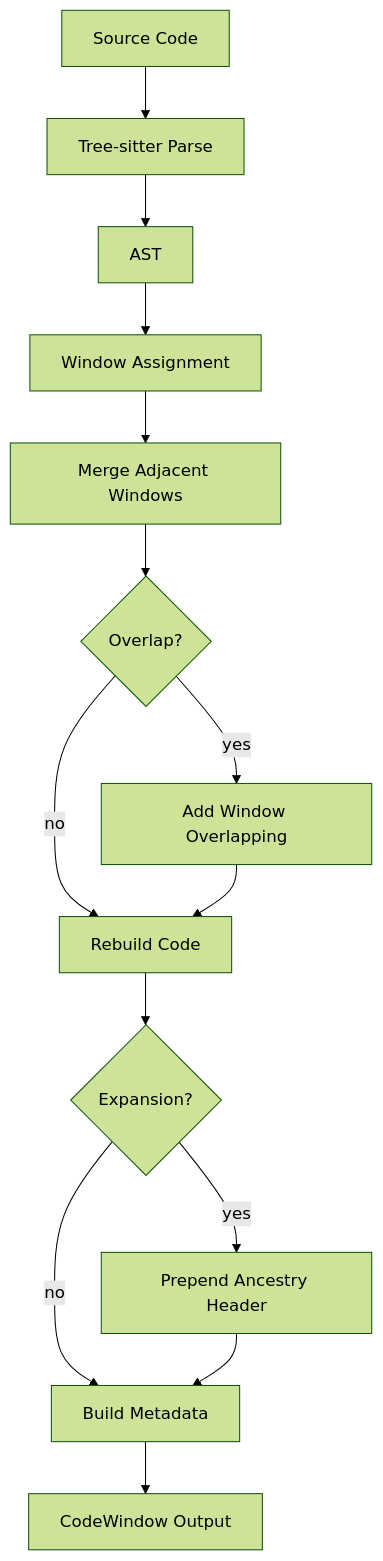
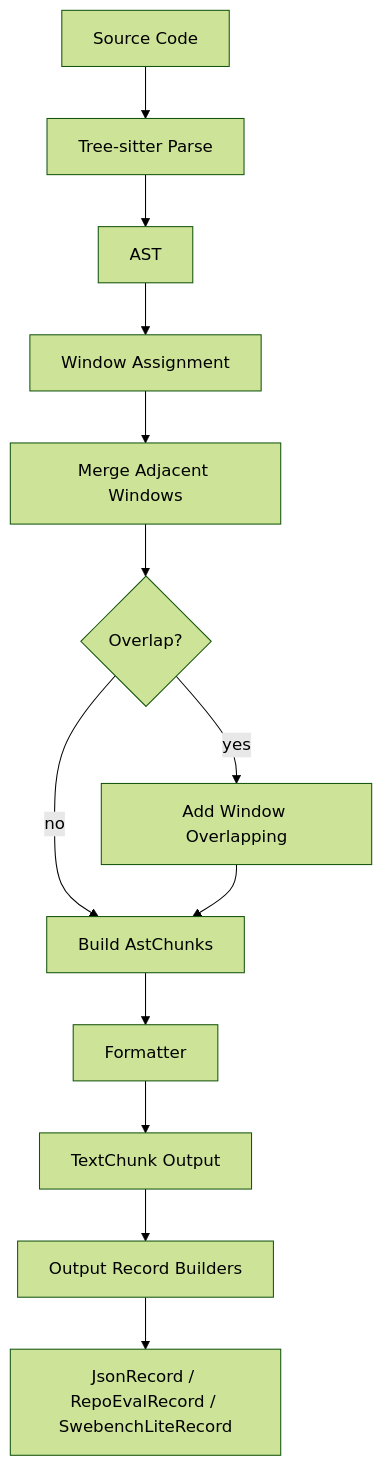
Before and after one commit to Nugine/astchunk: the first of 2 diagrams in README.md, drawn with Mermaid (forest theme). The commit also changed other lines of this file and 24 other files, not shown here.

````diff
--- a/README.md
+++ b/README.md
@@ -73,16 +110,15 @@
 ```mermaid
 flowchart TD
     A[Source Code] --> B[Tree-sitter Parse]
     B --> C[AST]
     C --> D[Window Assignment]
     D --> E[Merge Adjacent Windows]
     E --> F{Overlap?}
     F -- yes --> G[Add Window Overlapping]
-    F -- no --> H[Rebuild Code]
+    F -- no --> H[Build AstChunks]
     G --> H
-    H --> I{Expansion?}
-    I -- yes --> J[Prepend Ancestry Header]
-    I -- no --> K[Build Metadata]
-    J --> K
-    K --> L[CodeWindow Output]
+    H --> I[Formatter]
+    I --> J[TextChunk Output]
+    J --> K[Output Record Builders]
+    K --> L[JsonRecord / RepoEvalRecord / SwebenchLiteRecord]
 ```
````
